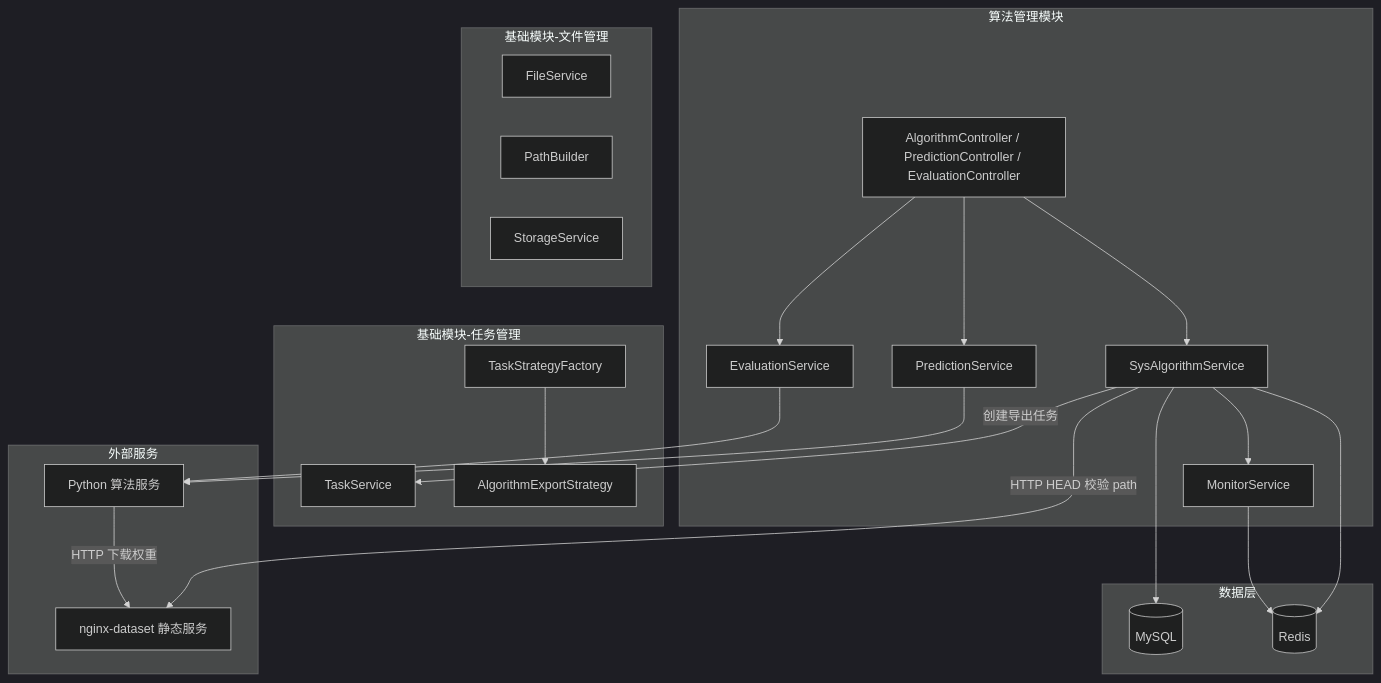
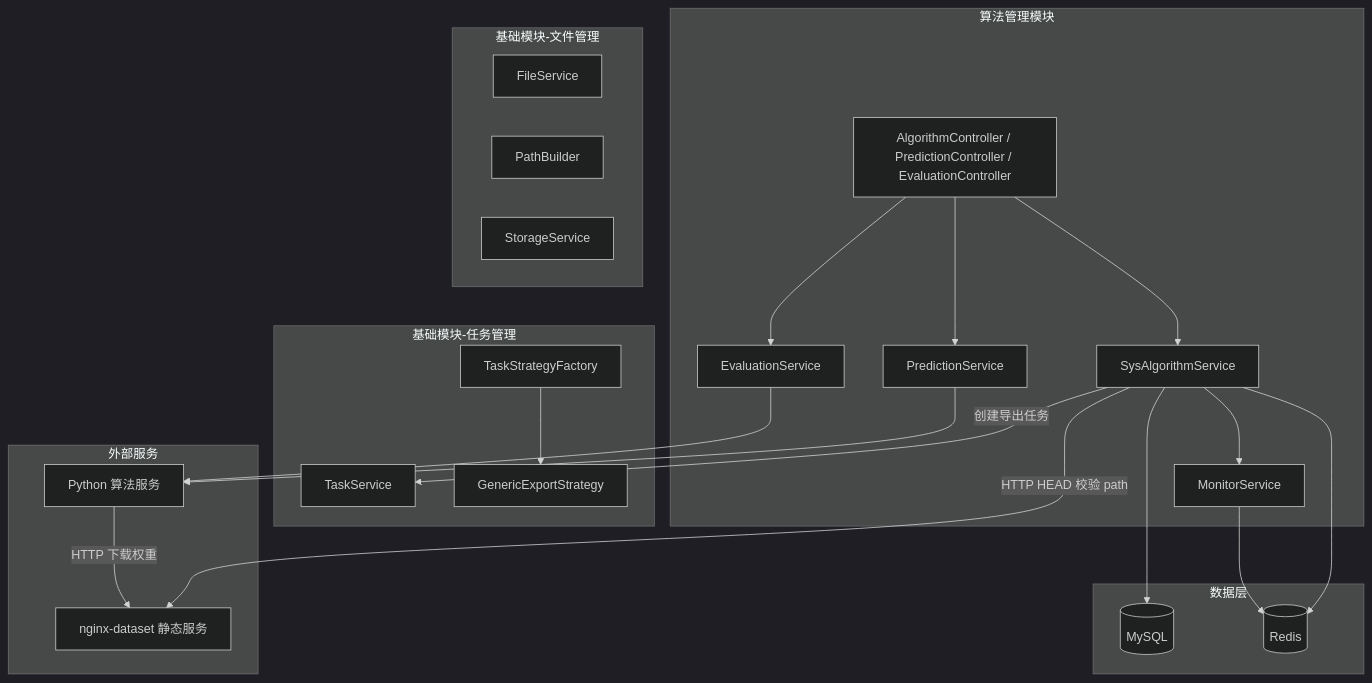
One commit to earthy-zinc/dehaze-system changed the first of 5 diagrams in dehaze-doc/docs/03-模块设计/核心模块/算法管理/后端实现.md. Above: the diagram before and after it, drawn with Mermaid (dark theme). The commit also changed other lines of this file and 128 other files, not shown here.

````diff
--- a/dehaze-doc/docs/03-模块设计/核心模块/算法管理/后端实现.md
+++ b/dehaze-doc/docs/03-模块设计/核心模块/算法管理/后端实现.md
@@ -26,46 +26,46 @@
 ```mermaid
 graph TB
     subgraph 算法管理模块
         A[AlgorithmController / PredictionController / EvaluationController]
         B[SysAlgorithmService]
         C[PredictionService]
         D[EvaluationService]
         E[MonitorService]
     end
 
     subgraph 基础模块-文件管理
         F[FileService]
         G[PathBuilder]
         H[StorageService]
     end
 
     subgraph 基础模块-任务管理
         I[TaskService]
         J[TaskStrategyFactory]
-        K[AlgorithmExportStrategy]
+        K[GenericExportStrategy]
     end
 
     subgraph 外部服务
         L[Python 算法服务]
         O[nginx-dataset 静态服务]
     end
 
     subgraph 数据层
         M[(MySQL)]
         N[(Redis)]
     end
 
     A --> B
     A --> C
     A --> D
     B --> E
     B -->|HTTP HEAD 校验 path| O
     B -->|创建导出任务| I
     J --> K
     L -->|HTTP 下载权重| O
     C --> L
     D --> L
     B --> M
     B --> N
     E --> N
 ```
````
